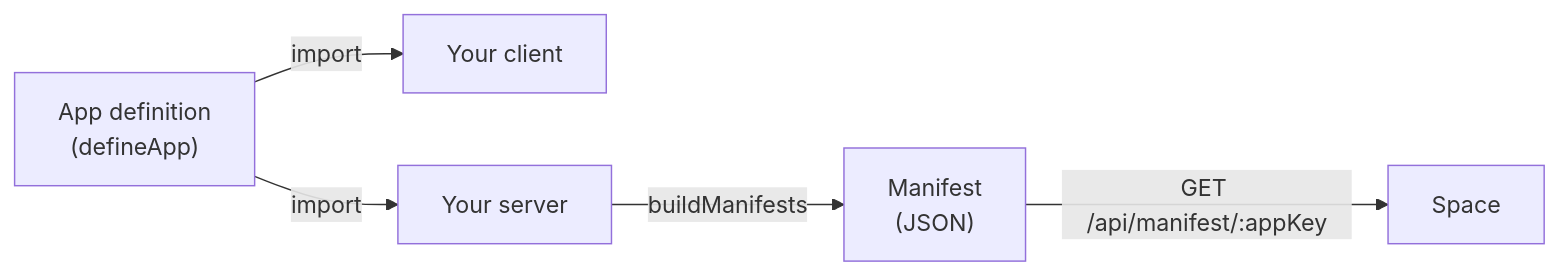
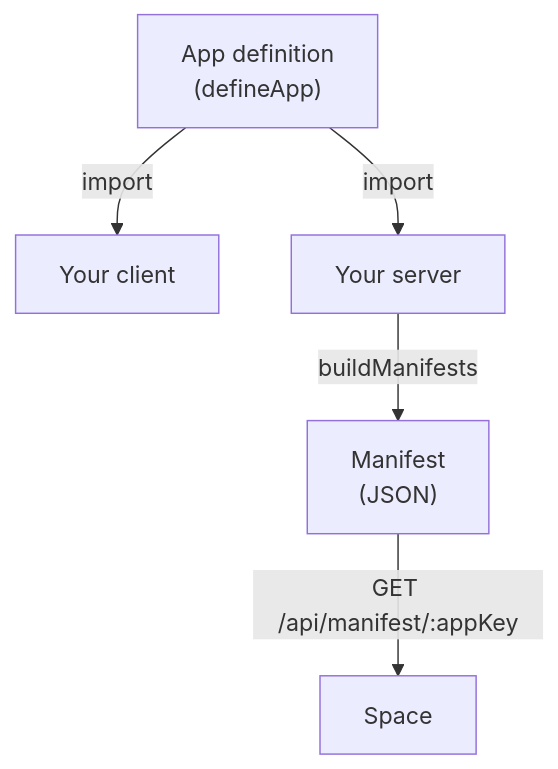
The diagram in docs/app-definition.md (SajeeVeracity/vs-apps-docs), drawn with Mermaid before and after one commit. The commit also changed other lines of this file and 1 other file, not shown here.

First line of the commit message:
feat(app-definition): add pan and zoom controls to the uses diagram

````diff
--- a/docs/app-definition.md
+++ b/docs/app-definition.md
@@ -49,14 +53,14 @@
 ```mermaid
-flowchart LR
+flowchart TB
   accTitle: Where the app definition is used
   accDescr: Your client and your server import the app definition. The server builds a manifest from it. Space reads the manifest over HTTP and never reads the definition.
   D["App definition<br/>(defineApp)"]
   C["Your client"]
   S["Your server"]
   M["Manifest<br/>(JSON)"]
   P["Space"]
   D -- import --> C
   D -- import --> S
   S -- buildManifests --> M
   M -- "GET /api/manifest/:appKey" --> P
 ```
````
